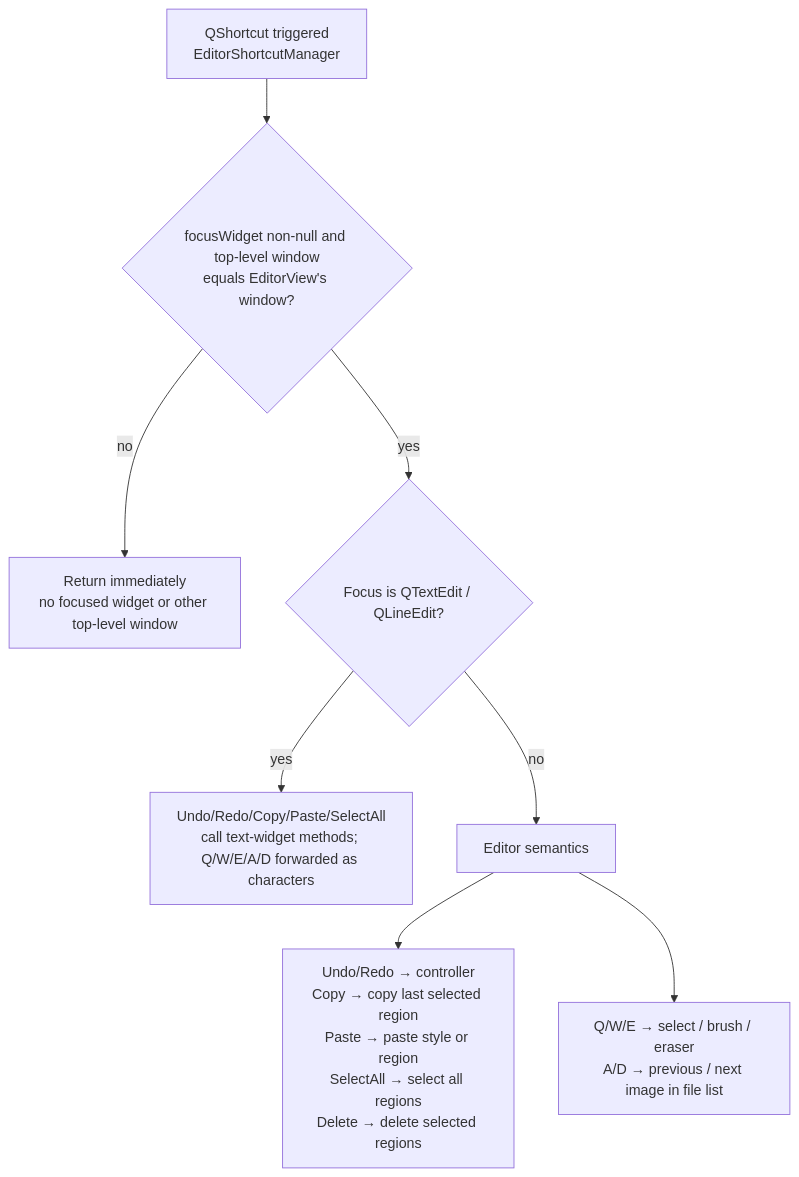
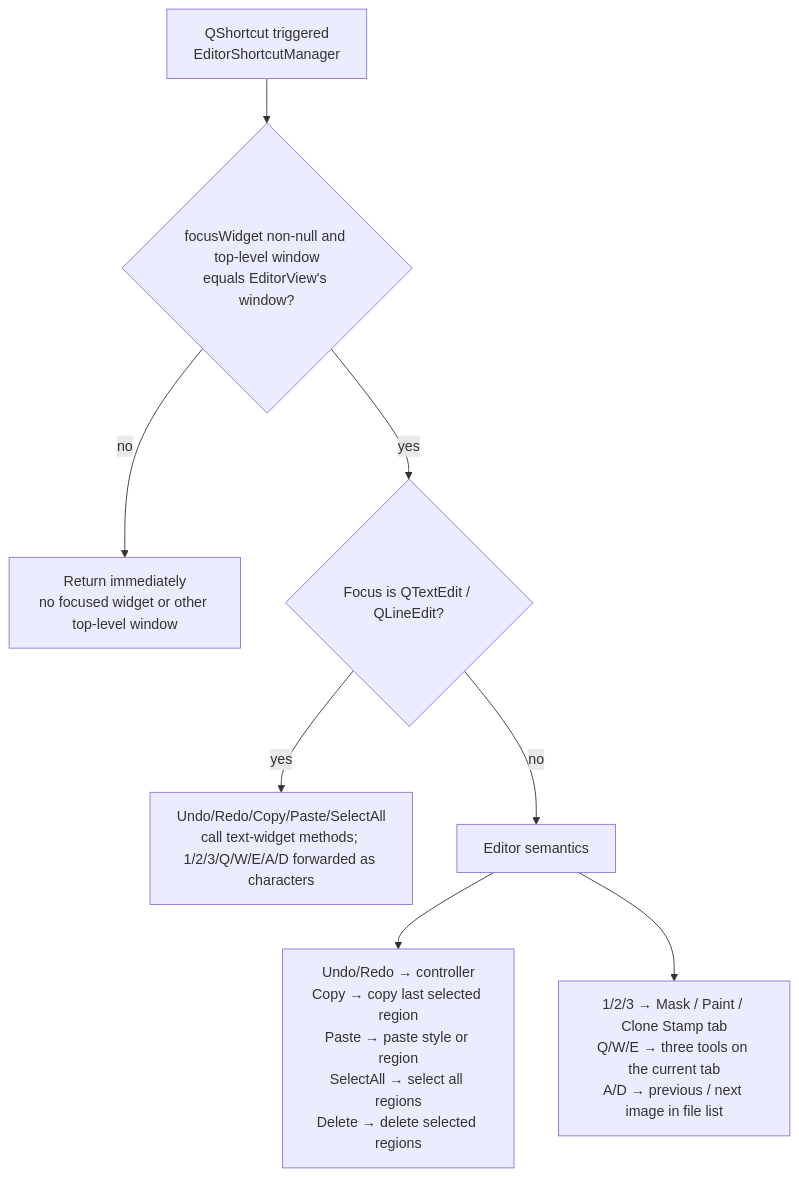
Before and after one commit to hgmzhn/manga-translator-ui: the first of 2 diagrams in doc/wiki/en/desktop/editor/shortcuts.md, drawn with Mermaid. The commit also changed other lines of this file and 15 other files, not shown here.

````diff
--- a/doc/wiki/en/desktop/editor/shortcuts.md
+++ b/doc/wiki/en/desktop/editor/shortcuts.md
@@ -57,10 +61,10 @@
 ```mermaid
 flowchart TD
     A["QShortcut triggered<br/>EditorShortcutManager"] --> B{"focusWidget non-null and top-level window<br/>equals EditorView's window?"}
     B -->|no| X["Return immediately<br/>no focused widget or other top-level window"]
     B -->|yes| C{"Focus is QTextEdit / QLineEdit?"}
-    C -->|yes| D["Undo/Redo/Copy/Paste/SelectAll<br/>call text-widget methods; Q/W/E/A/D forwarded as characters"]
+    C -->|yes| D["Undo/Redo/Copy/Paste/SelectAll<br/>call text-widget methods; 1/2/3/Q/W/E/A/D forwarded as characters"]
     C -->|no| E["Editor semantics"]
     E --> E1["Undo/Redo → controller<br/>Copy → copy last selected region<br/>Paste → paste style or region<br/>SelectAll → select all regions<br/>Delete → delete selected regions"]
-    E --> E2["Q/W/E → select / brush / eraser<br/>A/D → previous / next image in file list"]
+    E --> E2["1/2/3 → Mask / Paint / Clone Stamp tab<br/>Q/W/E → three tools on the current tab<br/>A/D → previous / next image in file list"]
 ```
````
